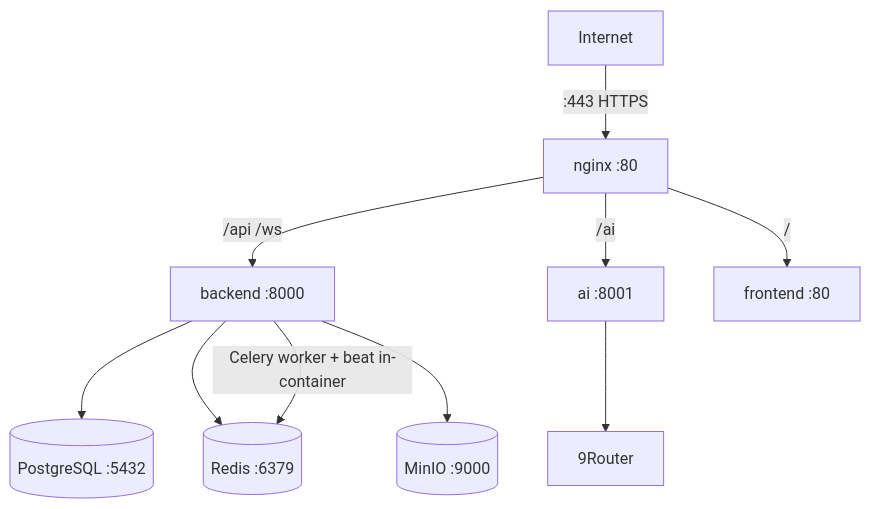
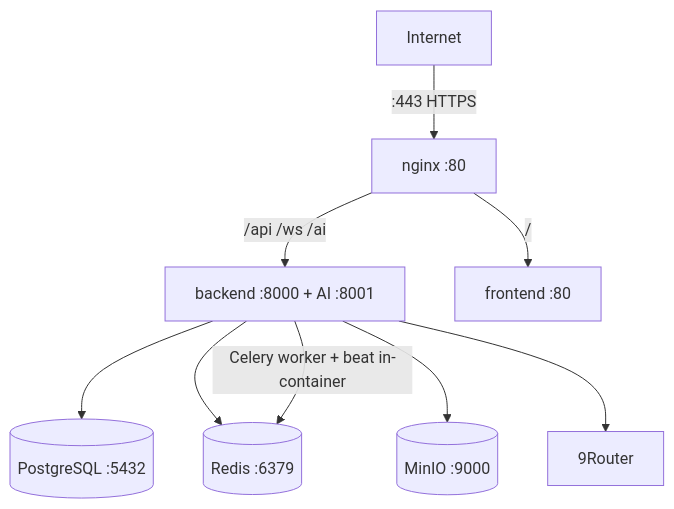
Before and after one commit to CannonFodder151/autobrain: the first of 4 diagrams in docs/Deployment-and-Infrastructure/infrastructure-diagrams.md, drawn with Mermaid. The commit also changed other lines of this file and 17 other files, not shown here.

````diff
--- a/docs/Deployment-and-Infrastructure/infrastructure-diagrams.md
+++ b/docs/Deployment-and-Infrastructure/infrastructure-diagrams.md
@@ -5,12 +5,11 @@
 ```mermaid
 graph TD
     Net[Internet] -->|:443 HTTPS| Nginx[nginx :80]
-    Nginx -->|/api /ws| Backend[backend :8000]
-    Nginx -->|/ai| AI[ai :8001]
+    Nginx -->|/api /ws /ai| Backend[backend :8000 + AI :8001]
     Nginx -->|/| Frontend[frontend :80]
     Backend --> Postgres[(PostgreSQL :5432)]
     Backend --> Redis[(Redis :6379)]
     Backend --> MinIO[(MinIO :9000)]
     Backend -->|Celery worker + beat in-container| Redis
-    AI --> Router[9Router]
+    Backend --> Router[9Router]
 ```
````
